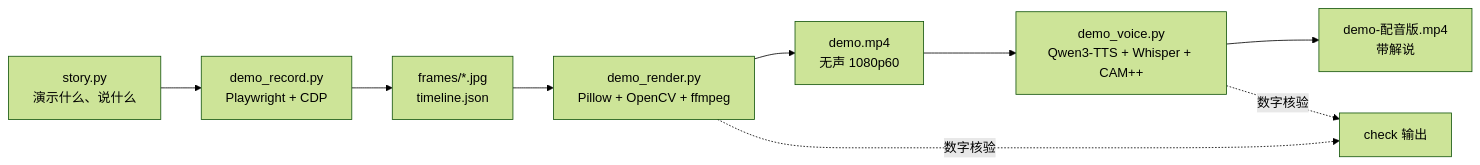
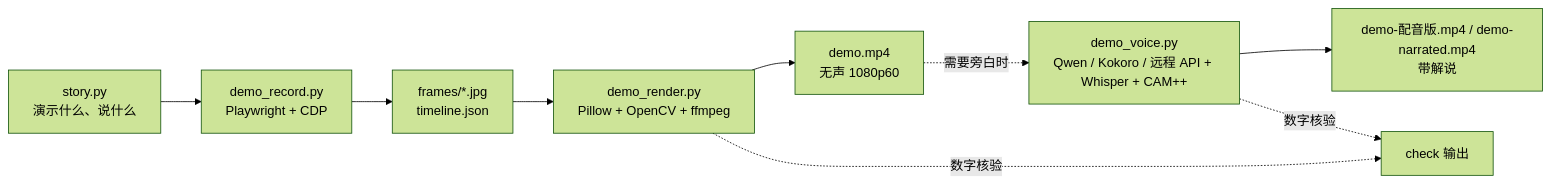
The diagram in README.zh-CN.md (OrrrGE/autoRecording), drawn with Mermaid (forest theme) before and after one commit. The commit also changed other lines of this file and 19 other files, not shown here.

````diff
--- a/README.zh-CN.md
+++ b/README.zh-CN.md
@@ -30,11 +31,11 @@
 ```mermaid
 flowchart LR
     A["story.py<br/>演示什么、说什么"] --> B["demo_record.py<br/>Playwright + CDP"]
     B --> C["frames/*.jpg<br/>timeline.json"]
     C --> D["demo_render.py<br/>Pillow + OpenCV + ffmpeg"]
     D --> E["demo.mp4<br/>无声 1080p60"]
-    E --> F["demo_voice.py<br/>Qwen3-TTS + Whisper + CAM++"]
-    F --> G["demo-配音版.mp4<br/>带解说"]
+    E -. "需要旁白时" .-> F["demo_voice.py<br/>Qwen / Kokoro / 远程 API + Whisper + CAM++"]
+    F --> G["demo-配音版.mp4 / demo-narrated.mp4<br/>带解说"]
     D -. "数字核验" .-> H["check 输出"]
     F -. "数字核验" .-> H
 ```
````
